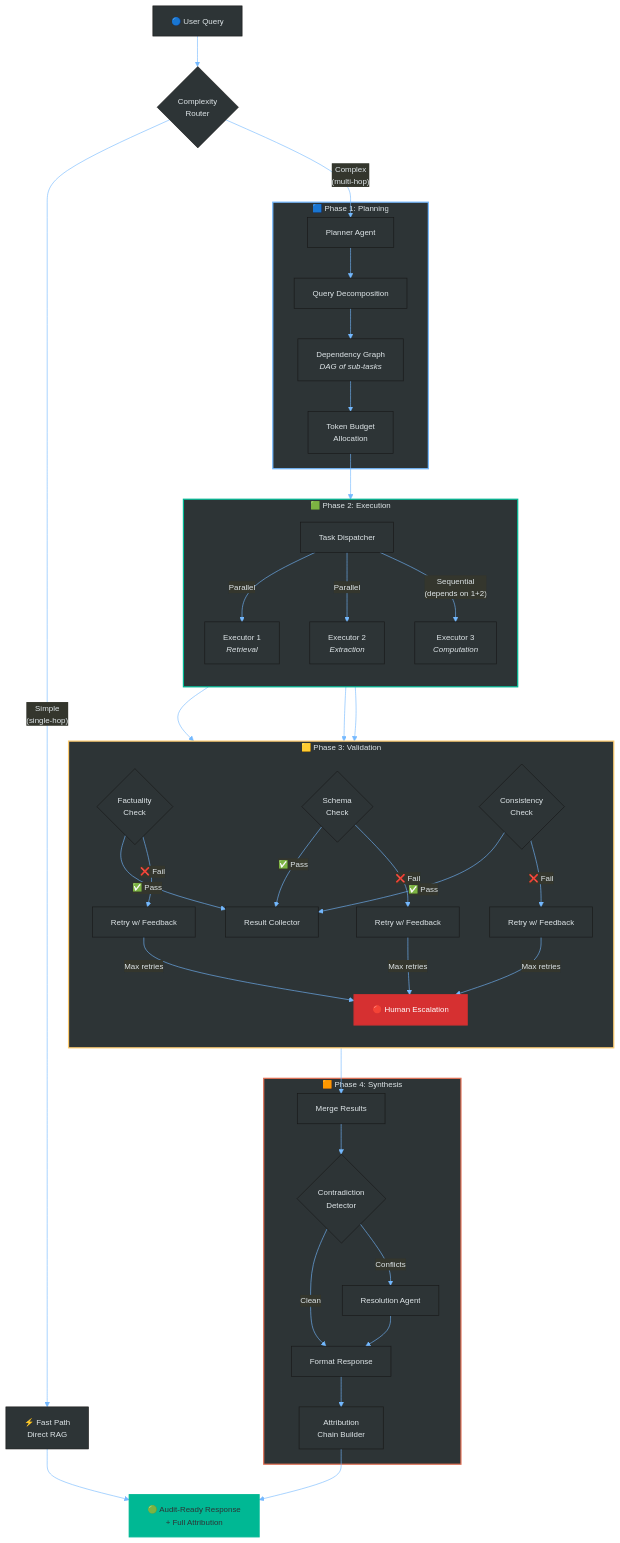
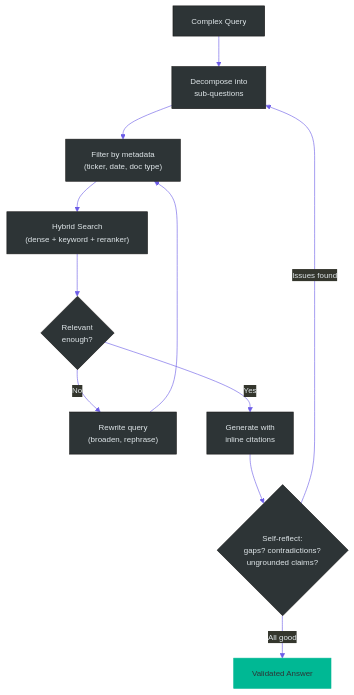
The third of 8 diagrams in README.md (climax-dev-1/temp), drawn with Mermaid before and after one commit. The commit also changed other lines of this file, not shown here.

````diff
--- a/README.md
+++ b/README.md
@@ -76,58 +118,16 @@
 ```mermaid
-%%{init: {'theme': 'base', 'themeVariables': { 'primaryColor': '#2d3436', 'primaryTextColor': '#dfe6e9', 'lineColor': '#74b9ff', 'fontSize': '13px'}}}%%
+%%{init: {'theme': 'base', 'themeVariables': { 'primaryColor': '#2d3436', 'primaryTextColor': '#dfe6e9', 'lineColor': '#6c5ce7', 'fontSize': '13px'}}}%%
 flowchart TB
-    USER["🔵 User Query"] --> ROUTER{"Complexity<br/>Router"}
+    Q["Complex Query"] --> D["Decompose into<br/>sub-questions"]
+    D --> F["Filter by metadata<br/>(ticker, date, doc type)"]
+    F --> H["Hybrid Search<br/>(dense + keyword + reranker)"]
+    H --> R{"Relevant<br/>enough?"}
+    R -->|"No"| RW["Rewrite query<br/>(broaden, rephrase)"]
+    RW --> F
+    R -->|"Yes"| G["Generate with<br/>inline citations"]
+    G --> SR{"Self-reflect:<br/>gaps? contradictions?<br/>ungrounded claims?"}
+    SR -->|"Issues found"| D
+    SR -->|"All good"| OUT["Validated Answer"]
 
-    ROUTER -->|"Simple<br/>(single-hop)"| FAST["⚡ Fast Path<br/>Direct RAG"]
-    ROUTER -->|"Complex<br/>(multi-hop)"| PLANNER
-
-    subgraph PLAN_PHASE["🟦 Phase 1: Planning"]
-        PLANNER["Planner Agent"]
-        PLANNER --> DECOMP["Query Decomposition"]
-        DECOMP --> DEP["Dependency Graph<br/><i>DAG of sub-tasks</i>"]
-        DEP --> BUDGET["Token Budget<br/>Allocation"]
-    end
-
-    subgraph EXEC_PHASE["🟩 Phase 2: Execution"]
-        direction TB
-        BUDGET --> DISPATCH["Task Dispatcher"]
-        DISPATCH -->|"Parallel"| E1["Executor 1<br/><i>Retrieval</i>"]
-        DISPATCH -->|"Parallel"| E2["Executor 2<br/><i>Extraction</i>"]
-        DISPATCH -->|"Sequential<br/>(depends on 1+2)"| E3["Executor 3<br/><i>Computation</i>"]
-    end
-
-    subgraph VALID_PHASE["🟨 Phase 3: Validation"]
-        direction TB
-        E1 --> V1{"Factuality<br/>Check"}
-        E2 --> V2{"Schema<br/>Check"}
-        E3 --> V3{"Consistency<br/>Check"}
-        V1 -->|"✅ Pass"| COLLECT["Result Collector"]
-        V2 -->|"✅ Pass"| COLLECT
-        V3 -->|"✅ Pass"| COLLECT
-        V1 -->|"❌ Fail"| RETRY1["Retry w/ Feedback"]
-        V2 -->|"❌ Fail"| RETRY2["Retry w/ Feedback"]
-        V3 -->|"❌ Fail"| RETRY3["Retry w/ Feedback"]
-        RETRY1 -->|"Max retries"| ESCALATE["🔴 Human Escalation"]
-        RETRY2 -->|"Max retries"| ESCALATE
-        RETRY3 -->|"Max retries"| ESCALATE
-    end
-
-    subgraph SYNTH_PHASE["🟧 Phase 4: Synthesis"]
-        COLLECT --> MERGE["Merge Results"]
-        MERGE --> CONTRA{"Contradiction<br/>Detector"}
-        CONTRA -->|"Clean"| FORMAT["Format Response"]
-        CONTRA -->|"Conflicts"| RESOLVE["Resolution Agent"]
-        RESOLVE --> FORMAT
-        FORMAT --> ATTRIB["Attribution<br/>Chain Builder"]
-    end
-
-    FAST --> OUTPUT["🟢 Audit-Ready Response<br/>+ Full Attribution"]
-    ATTRIB --> OUTPUT
-
-    style PLAN_PHASE fill:#2d3436,stroke:#74b9ff,stroke-width:2px,color:#dfe6e9
-    style EXEC_PHASE fill:#2d3436,stroke:#00b894,stroke-width:2px,color:#dfe6e9
-    style VALID_PHASE fill:#2d3436,stroke:#fdcb6e,stroke-width:2px,color:#dfe6e9
-    style SYNTH_PHASE fill:#2d3436,stroke:#e17055,stroke-width:2px,color:#dfe6e9
-    style OUTPUT fill:#00b894,stroke:#00b894,stroke-width:2px,color:#2d3436
-    style ESCALATE fill:#d63031,stroke:#d63031,stroke-width:2px,color:#fff
+    style OUT fill:#00b894,stroke:#00b894,color:#2d3436
 ```
````
